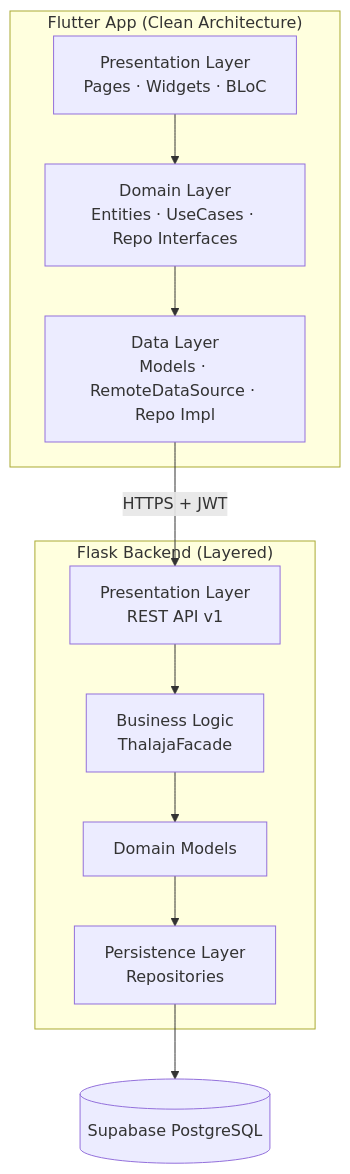
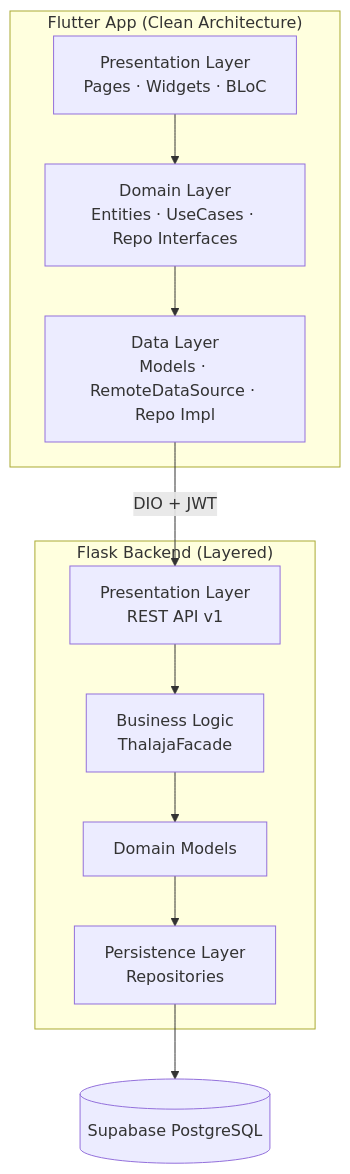
One commit to MIS-hero/Thalaja-team changed the first of 11 diagrams in README.md. Above: the diagram before and after it, drawn with Mermaid.

Commit message:
Change API connection method from HTTPS to DIO
Updated API connection method in the README.

````diff
--- a/README.md
+++ b/README.md
@@ -62,22 +62,22 @@
 ```mermaid
 flowchart TB
     subgraph Client["Flutter App (Clean Architecture)"]
         P[Presentation Layer<br/>Pages · Widgets · BLoC]
         D[Domain Layer<br/>Entities · UseCases · Repo Interfaces]
         DA[Data Layer<br/>Models · RemoteDataSource · Repo Impl]
         P --> D --> DA
     end
 
     subgraph Server["Flask Backend (Layered)"]
         API[Presentation Layer<br/>REST API v1]
         FAC[Business Logic<br/>ThalajaFacade]
         MOD[Domain Models]
         REPO[Persistence Layer<br/>Repositories]
         API --> FAC --> MOD --> REPO
     end
 
     DB[(Supabase PostgreSQL)]
 
-    DA -->|HTTPS + JWT| API
+    DA -->|DIO + JWT| API
     REPO --> DB
 ```
````
